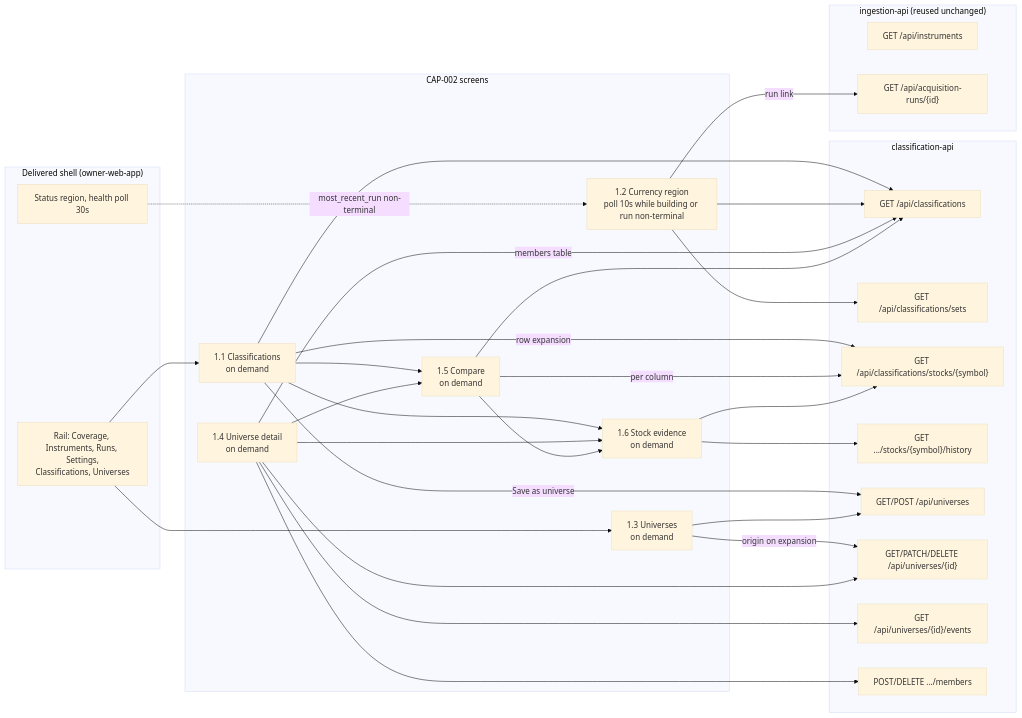
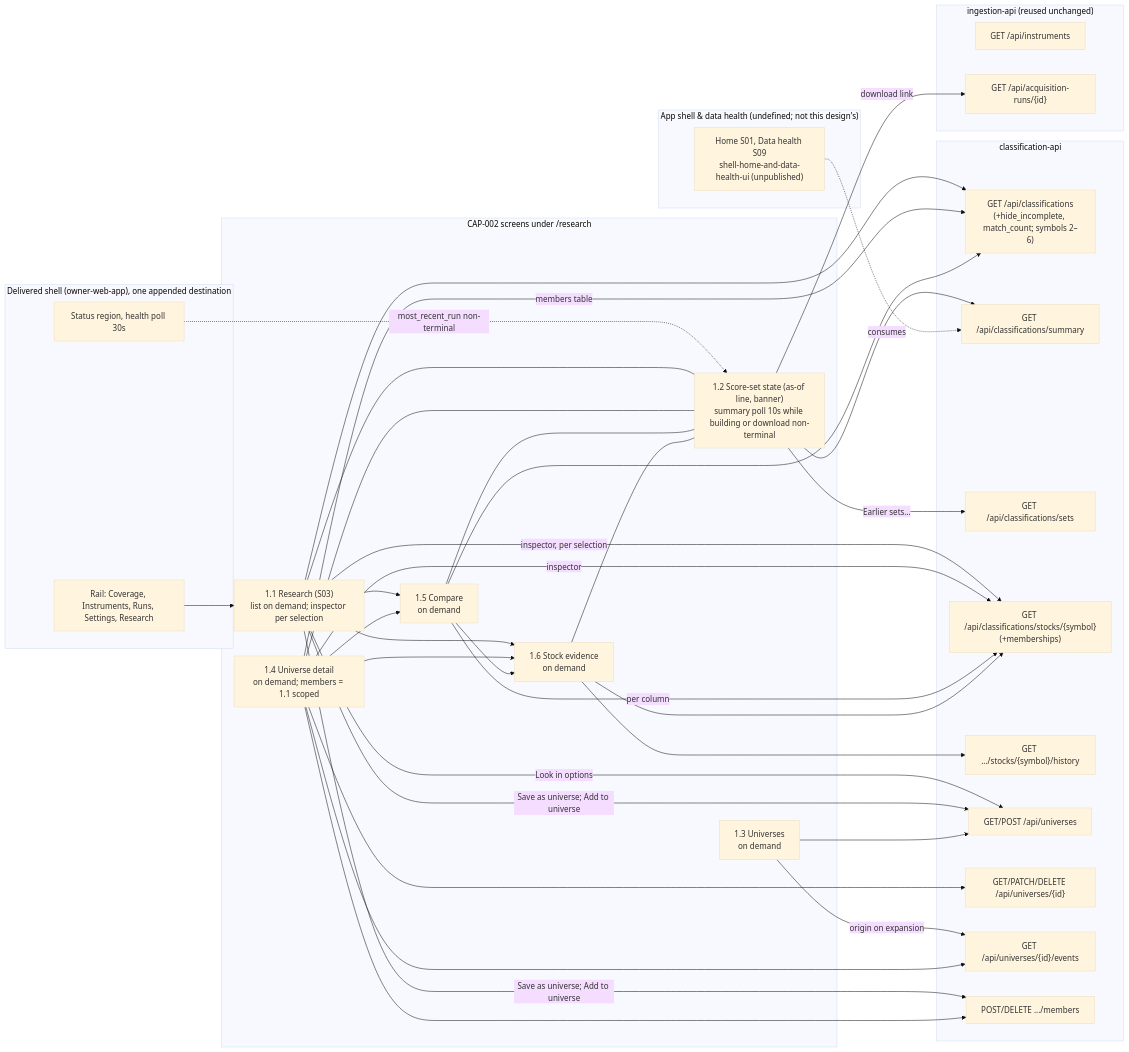
The first of 2 diagrams in docs/capabilities/CAP-002-universe-and-factor-classification/design/component-design-classification-ui.md (ajodraca/FactorFlow-v2), drawn with Mermaid (base theme) before and after one commit. The commit also changed other lines of this file and 2 other files, not shown here.

First line of the commit message:
docs(CAP-002): classification-ui, -api and -reader v2, aligned with S03 and the blueprint

````diff
--- a/docs/capabilities/CAP-002-universe-and-factor-classification/design/component-design-classification-ui.md
+++ b/docs/capabilities/CAP-002-universe-and-factor-classification/design/component-design-classification-ui.md
@@ -196,46 +268,54 @@
 ```mermaid
 flowchart LR
-    subgraph SHELL["Delivered shell (owner-web-app)"]
-        NAV["Rail: Coverage, Instruments, Runs, Settings,<br/>Classifications, Universes"]
+    subgraph SHELL["Delivered shell (owner-web-app), one appended destination"]
+        NAV["Rail: Coverage, Instruments, Runs, Settings, Research"]
         ST["Status region, health poll 30s"]
     end
-    subgraph SCREENS["CAP-002 screens"]
-        CL["1.1 Classifications<br/>on demand"]
-        CU["1.2 Currency region<br/>poll 10s while building or run non-terminal"]
+    subgraph SCREENS["CAP-002 screens under /research"]
+        RS["1.1 Research (S03)<br/>list on demand; inspector per selection"]
+        SS["1.2 Score-set state (as-of line, banner)<br/>summary poll 10s while building or download non-terminal"]
         UN["1.3 Universes<br/>on demand"]
-        UD["1.4 Universe detail<br/>on demand"]
+        UD["1.4 Universe detail<br/>on demand; members = 1.1 scoped"]
         CO["1.5 Compare<br/>on demand"]
         SE["1.6 Stock evidence<br/>on demand"]
     end
     subgraph API["classification-api"]
-        GC["GET /api/classifications"]
+        GC["GET /api/classifications<br/>(+hide_incomplete, match_count; symbols 2–6)"]
+        GSUM["GET /api/classifications/summary"]
         GS["GET /api/classifications/sets"]
-        GE["GET /api/classifications/stocks/{symbol}"]
+        GE["GET /api/classifications/stocks/{symbol}<br/>(+memberships)"]
         GH["GET .../stocks/{symbol}/history"]
         GU["GET/POST /api/universes"]
         GUD["GET/PATCH/DELETE /api/universes/{id}"]
         GUE["GET /api/universes/{id}/events"]
         GUM["POST/DELETE .../members"]
     end
     subgraph CAP1["ingestion-api (reused unchanged)"]
         GI["GET /api/instruments"]
         GR["GET /api/acquisition-runs/{id}"]
     end
-    NAV --> CL & UN
-    CL --> GC
-    CL -->|row expansion| GE
-    CL -->|Save as universe| GU
-    CU --> GC
-    CU --> GS
-    CU -->|run link| GR
+    subgraph SHELLCAP["App shell & data health (undefined; not this design's)"]
+        HOME["Home S01, Data health S09<br/>shell-home-and-data-health-ui (unpublished)"]
+    end
+    NAV --> RS
+    RS --> GC
+    RS -->|Look in options| GU
+    RS -->|inspector, per selection| GE
+    RS -->|Save as universe; Add to universe| GU & GUM
+    SS --> GSUM
+    SS -->|Earlier sets…| GS
+    SS -->|download link| GR
     UN --> GU
-    UN -->|origin on expansion| GUD
+    UN -->|origin on expansion| GUE
     UD --> GUD & GUE & GUM
     UD -->|members table| GC
+    UD -->|inspector| GE
     CO --> GC
     CO -->|per column| GE
     SE --> GE & GH
-    ST -.->|most_recent_run non-terminal| CU
-    CL & UD --> CO
-    CL & UD & CO --> SE
+    ST -.->|most_recent_run non-terminal| SS
+    RS & UD & CO & SE --- SS
+    RS & UD --> CO
+    RS & UD & CO --> SE
+    HOME -.->|consumes| GSUM
 ```
````
